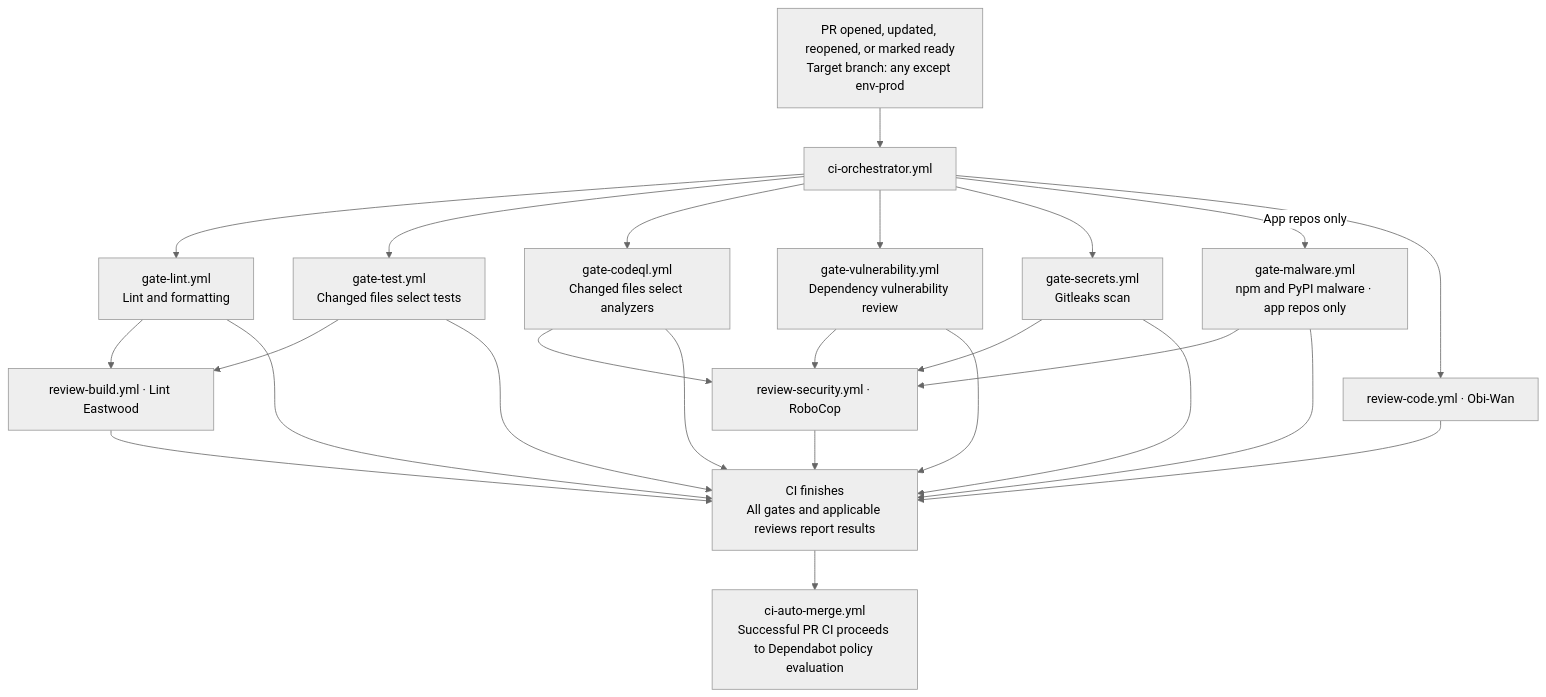
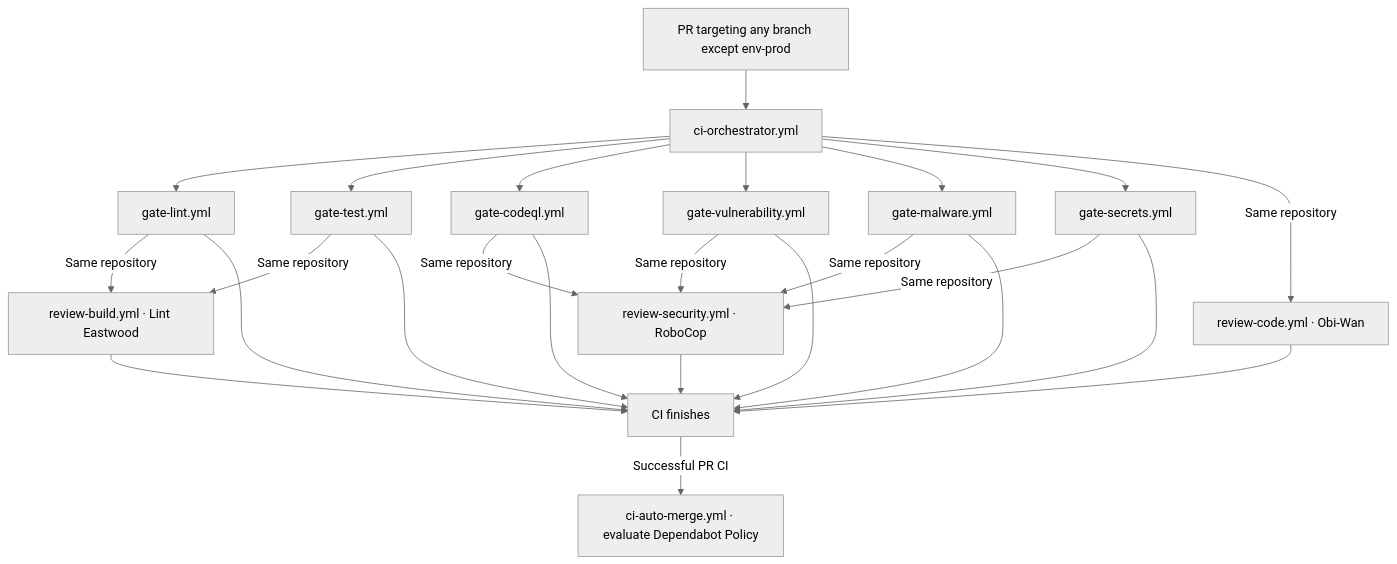
The first of 4 diagrams in .github/workflows/README.md (VanillaIceCube/MacroMapper), drawn with Mermaid (neutral theme) before and after one commit. The commit also changed other lines of this file and 116 other files, not shown here.

````diff
--- a/.github/workflows/README.md
+++ b/.github/workflows/README.md
@@ -565,26 +52,16 @@
 ```mermaid
 flowchart TD
-    PR["PR opened, updated, reopened, or marked ready<br/>Target branch: any except env-prod"]
-    CI["ci-orchestrator.yml"]
-    L["gate-lint.yml<br/>Lint and formatting"]
-    T["gate-test.yml<br/>Changed files select tests"]
-    Q["gate-codeql.yml<br/>Changed files select analyzers"]
-    V["gate-vulnerability.yml<br/>Dependency vulnerability review"]
-    M["gate-malware.yml<br/>npm and PyPI malware · app repos only"]
-    S["gate-secrets.yml<br/>Gitleaks scan"]
-    RC["review-code.yml · Obi-Wan"]
-    RB["review-build.yml · Lint Eastwood"]
-    RS["review-security.yml · RoboCop"]
-    DONE["CI finishes<br/>All gates and applicable reviews report results"]
-    AUTO["ci-auto-merge.yml<br/>Successful PR CI proceeds to Dependabot policy evaluation"]
-    PR --> CI
-    CI --> L & T & Q & V & S
-    CI -->|"App repos only"| M
-    CI --> RC
-    L & T --> RB
-    Q & V & S --> RS
-    M --> RS
-    L & T & Q & V & M & S --> DONE
+    PR["PR targeting any branch except env-prod"] --> CI["ci-orchestrator.yml"]
+    CI --> L["gate-lint.yml"]
+    CI --> T["gate-test.yml"]
+    CI --> Q["gate-codeql.yml"]
+    CI --> V["gate-vulnerability.yml"]
+    CI --> M["gate-malware.yml"]
+    CI --> S["gate-secrets.yml"]
+    CI -->|"Same repository"| RC["review-code.yml · Obi-Wan"]
+    L & T -->|"Same repository"| RB["review-build.yml · Lint Eastwood"]
+    Q & V & M & S -->|"Same repository"| RS["review-security.yml · RoboCop"]
+    L & T & Q & V & M & S --> DONE["CI finishes"]
     RC & RB & RS --> DONE
-    DONE --> AUTO
+    DONE -->|"Successful PR CI"| AUTO["ci-auto-merge.yml · evaluate Dependabot Policy"]
 ```
````
